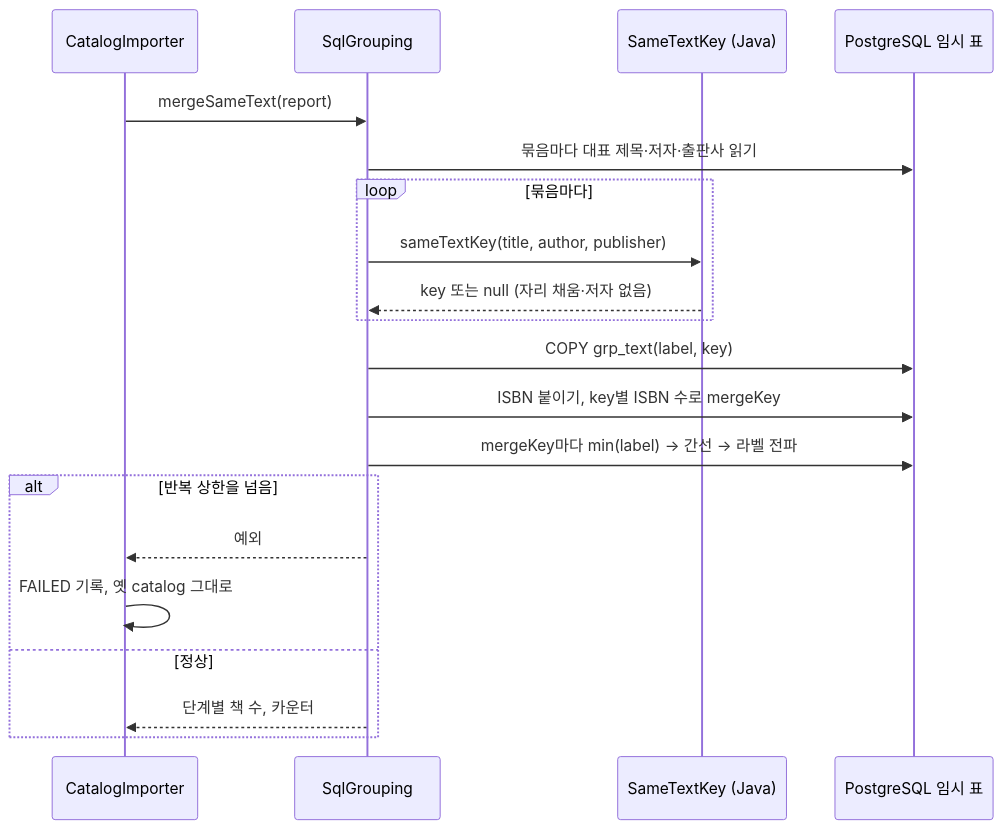
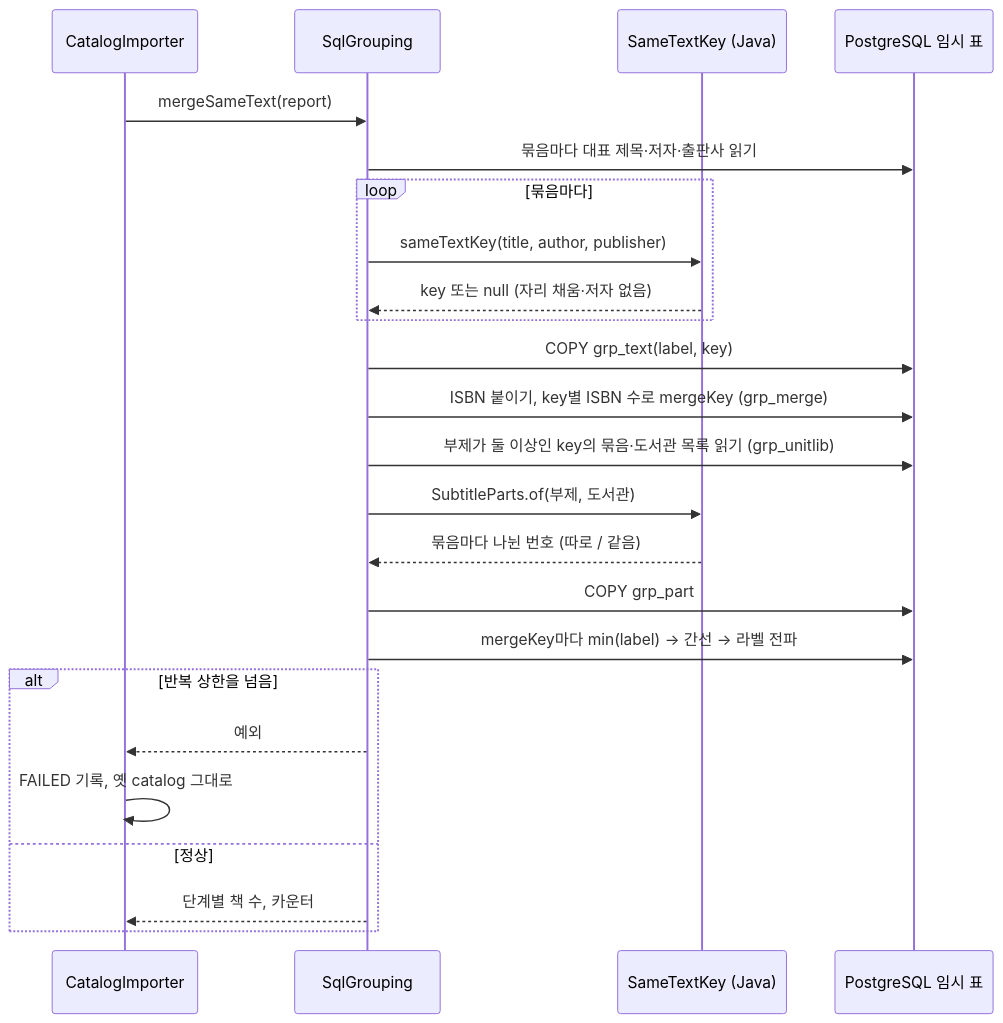
One commit to hodu-sketch/chaekcheck-plan changed diagram 35 of 39 in docs/current/flows.md. Above: the diagram before and after it, drawn with Mermaid. The commit also changed other lines of this file and 8 other files, not shown here.

````diff
--- a/docs/current/flows.md
+++ b/docs/current/flows.md
@@ -1091,22 +1096,26 @@
 ```mermaid
 sequenceDiagram
   participant I as CatalogImporter
   participant S as SqlGrouping
   participant K as SameTextKey (Java)
   participant P as PostgreSQL 임시 표
   I->>S: mergeSameText(report)
   S->>P: 묶음마다 대표 제목·저자·출판사 읽기
   loop 묶음마다
     S->>K: sameTextKey(title, author, publisher)
     K-->>S: key 또는 null (자리 채움·저자 없음)
   end
   S->>P: COPY grp_text(label, key)
-  S->>P: ISBN 붙이기, key별 ISBN 수로 mergeKey
+  S->>P: ISBN 붙이기, key별 ISBN 수로 mergeKey (grp_merge)
+  S->>P: 부제가 둘 이상인 key의 묶음·도서관 목록 읽기 (grp_unitlib)
+  S->>K: SubtitleParts.of(부제, 도서관)
+  K-->>S: 묶음마다 나뉜 번호 (따로 / 같음)
+  S->>P: COPY grp_part
   S->>P: mergeKey마다 min(label) → 간선 → 라벨 전파
   alt 반복 상한을 넘음
     S-->>I: 예외
     I->>I: FAILED 기록, 옛 catalog 그대로
   else 정상
     S-->>I: 단계별 책 수, 카운터
   end
 ```
````
